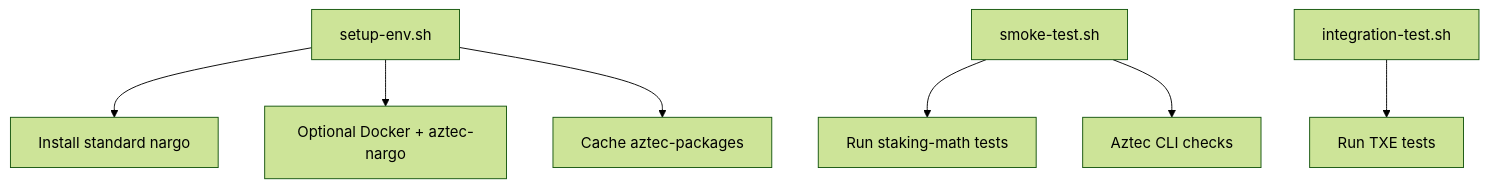
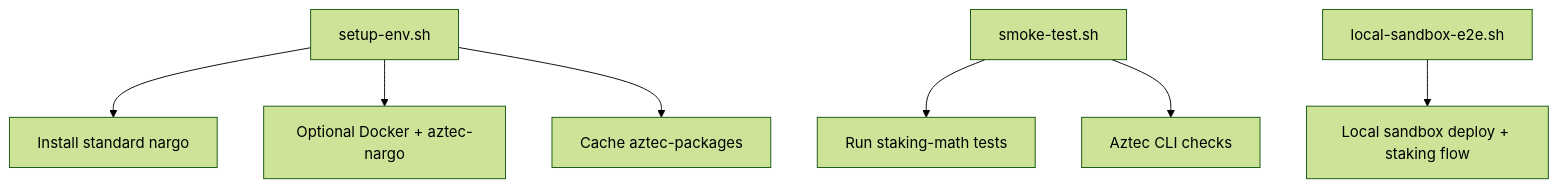
The third of 3 diagrams in staking/research/infra-kit/SPEC.md (chimera-defi/Etc-mono-repo), drawn with Mermaid (forest theme) before and after one commit. The commit also changed other lines of this file and 4 other files, not shown here.

````diff
--- a/staking/research/infra-kit/SPEC.md
+++ b/staking/research/infra-kit/SPEC.md
@@ -120,9 +123,9 @@
 ```mermaid
 flowchart TD
   S[setup-env.sh] --> Nargo[Install standard nargo]
   S --> Docker[Optional Docker + aztec-nargo]
   S --> Deps[Cache aztec-packages]
   Smoke[smoke-test.sh] --> Unit[Run staking-math tests]
   Smoke --> CLI[Aztec CLI checks]
-  Int[integration-test.sh] --> Devnet[Run TXE tests]
+  Sandbox[local-sandbox-e2e.sh] --> Local[Local sandbox deploy + staking flow]
 ```
````
